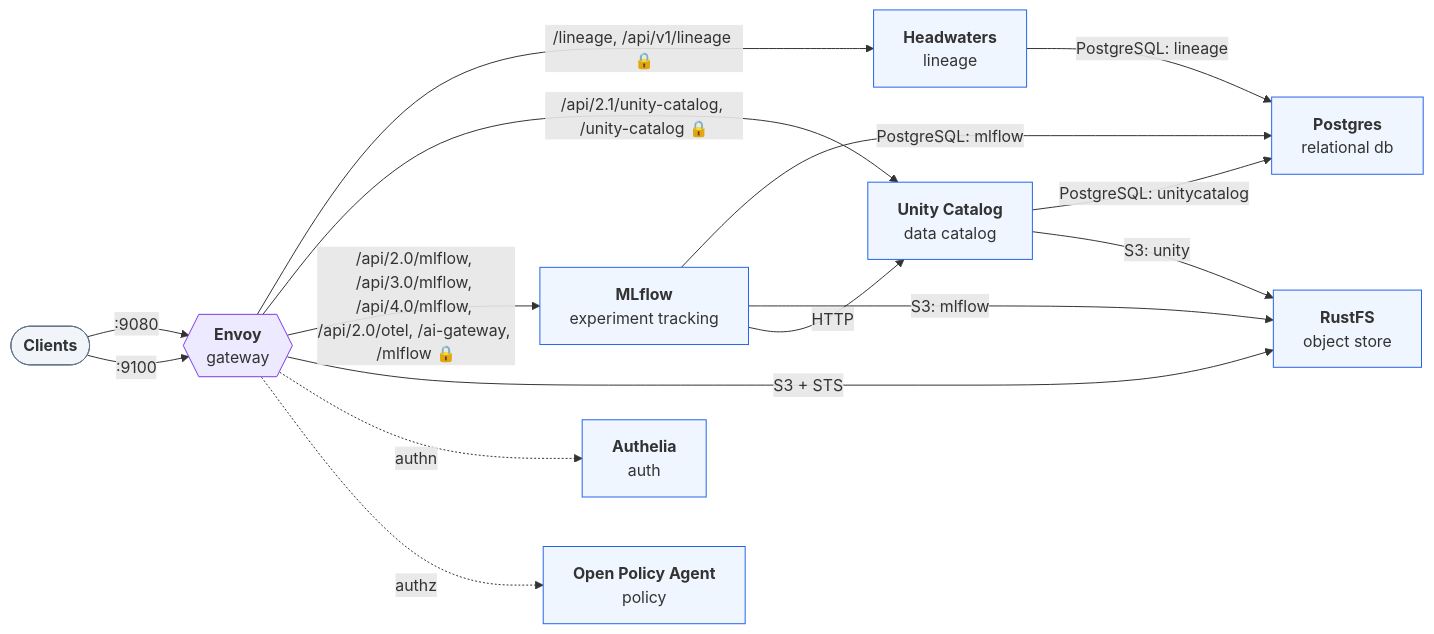
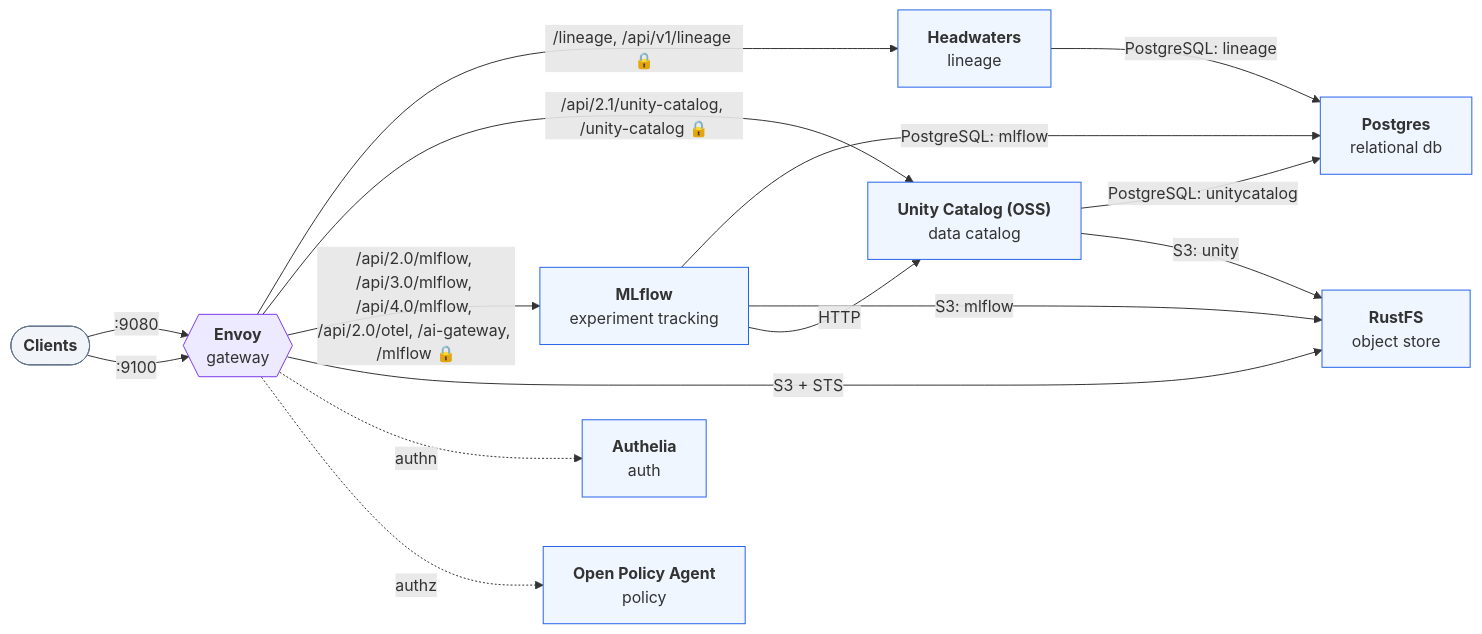
Before and after one commit to open-lakehouse/trestle: the diagram in test/expected/authorized/README.md, drawn with Mermaid. The commit also changed 138 other files, not shown here.

````diff
--- a/test/expected/authorized/README.md
+++ b/test/expected/authorized/README.md
@@ -9,30 +9,30 @@
 ```mermaid
 flowchart LR
     n0(["<b>Clients</b>"]):::clients
     n1["<b>Authelia</b><br/>auth"]:::component
     n2{{"<b>Envoy</b><br/>gateway"}}:::gateway
     n3["<b>Open Policy Agent</b><br/>policy"]:::component
     n4["<b>Postgres</b><br/>relational db"]:::component
     n5["<b>Headwaters</b><br/>lineage"]:::component
     n6["<b>RustFS</b><br/>object store"]:::component
-    n7["<b>Unity Catalog</b><br/>data catalog"]:::component
+    n7["<b>Unity Catalog (OSS)</b><br/>data catalog"]:::component
     n8["<b>MLflow</b><br/>experiment tracking"]:::component
     n0 -->|":9080"| n2
     n0 -->|":9100"| n2
     n2 -->|"/lineage, /api/v1/lineage 🔒"| n5
     n2 -->|"/api/2.1/unity-catalog, /unity-catalog 🔒"| n7
     n2 -->|"/api/2.0/mlflow, /api/3.0/mlflow, /api/4.0/mlflow, /api/2.0/otel, /ai-gateway, /mlflow 🔒"| n8
     n2 -->|"S3 + STS"| n6
     n2 -.->|"authn"| n1
     n2 -.->|"authz"| n3
     n5 -->|"PostgreSQL: lineage"| n4
     n7 -->|"PostgreSQL: unitycatalog"| n4
     n7 -->|"S3: unity"| n6
     n8 -->|"PostgreSQL: mlflow"| n4
     n8 -->|"S3: mlflow"| n6
     n8 -->|"HTTP"| n7
     classDef clients fill:#f1f5f9,stroke:#64748b
     classDef gateway fill:#ede9fe,stroke:#7c3aed
     classDef component fill:#eff6ff,stroke:#2563eb
     classDef external fill:#fafafa,stroke:#737373,stroke-dasharray: 4 3
 ```
````
